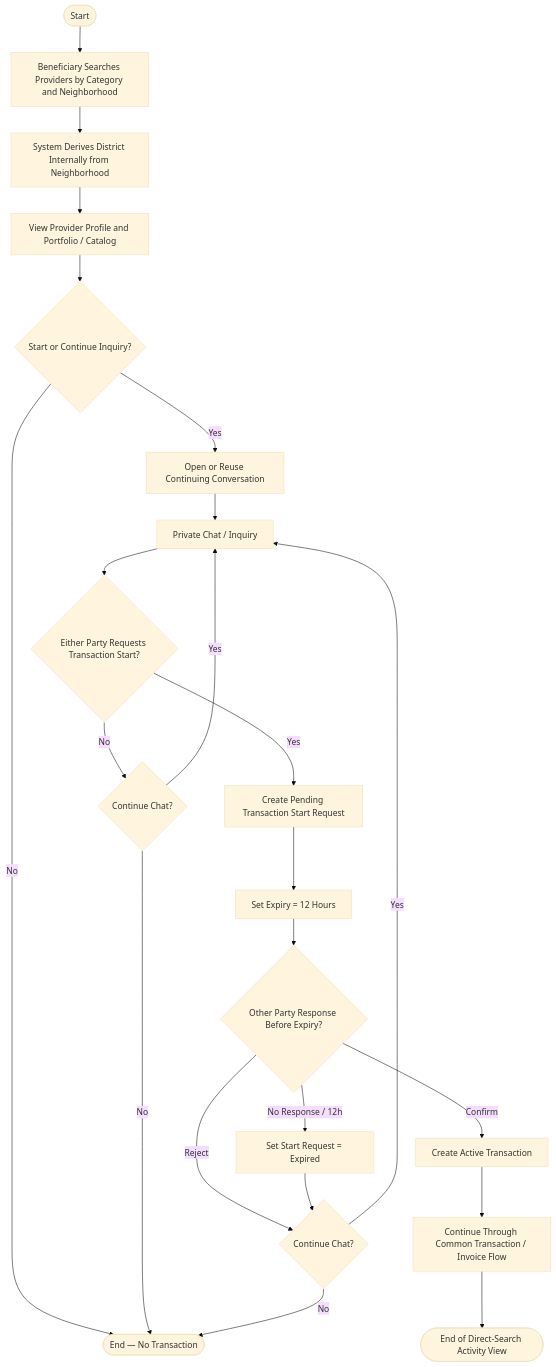
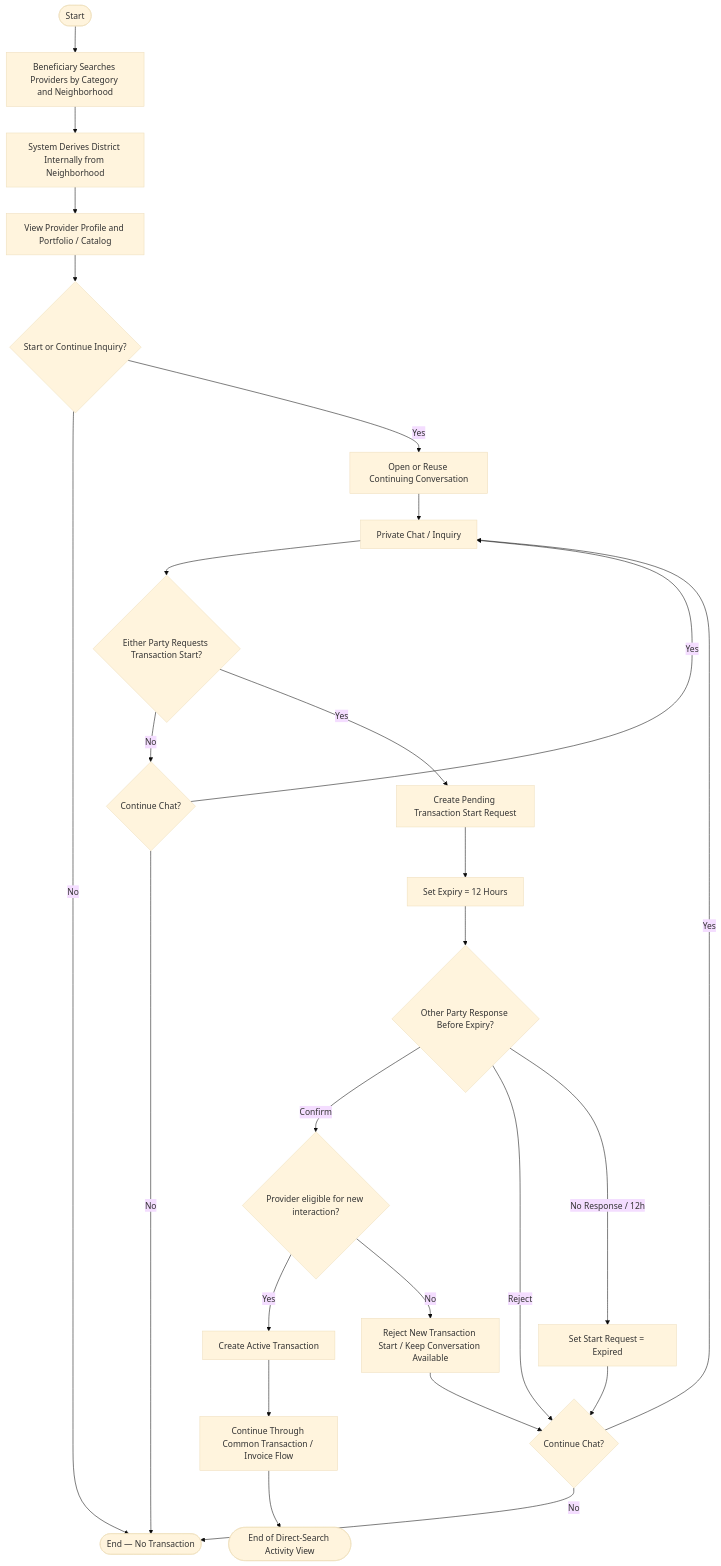
The diagram in diagrams/03-analysis/uml/activity/activity-direct-search-route.md (Yadd-SanaaUniversityGraduationProject/yadd), drawn with Mermaid (base theme) before and after one commit. The commit also changed other lines of this file, not shown here.

Commit message:
uml: synchronize activity package through DEC-091

````diff
--- a/diagrams/03-analysis/uml/activity/activity-direct-search-route.md
+++ b/diagrams/03-analysis/uml/activity/activity-direct-search-route.md
@@ -16,28 +16,31 @@
 ```mermaid
 flowchart TD
     S([Start]) --> A[Beneficiary Searches Providers by Category and Neighborhood]
     A --> A1[System Derives District Internally from Neighborhood]
     A1 --> B[View Provider Profile and Portfolio / Catalog]
     B --> C{Start or Continue Inquiry?}
     C -- No --> Z([End — No Transaction])
     C -- Yes --> D[Open or Reuse Continuing Conversation]
     D --> D1[Private Chat / Inquiry]
 
     D1 --> E{Either Party Requests Transaction Start?}
     E -- No --> F{Continue Chat?}
     F -- Yes --> D1
     F -- No --> Z
 
     E -- Yes --> G[Create Pending Transaction Start Request]
     G --> G1[Set Expiry = 12 Hours]
     G1 --> H{Other Party Response Before Expiry?}
-    H -- Confirm --> I[Create Active Transaction]
+    H -- Confirm --> H1{Provider eligible for new interaction?}
+    H1 -- Yes --> I[Create Active Transaction]
+    H1 -- No --> H2[Reject New Transaction Start / Keep Conversation Available]
+    H2 --> K
     I --> J[Continue Through Common Transaction / Invoice Flow]
     J --> ZE([End of Direct-Search Activity View])
 
     H -- Reject --> K{Continue Chat?}
     H -- No Response / 12h --> X[Set Start Request = Expired]
     X --> K
     K -- Yes --> D1
     K -- No --> Z
 ```
````
